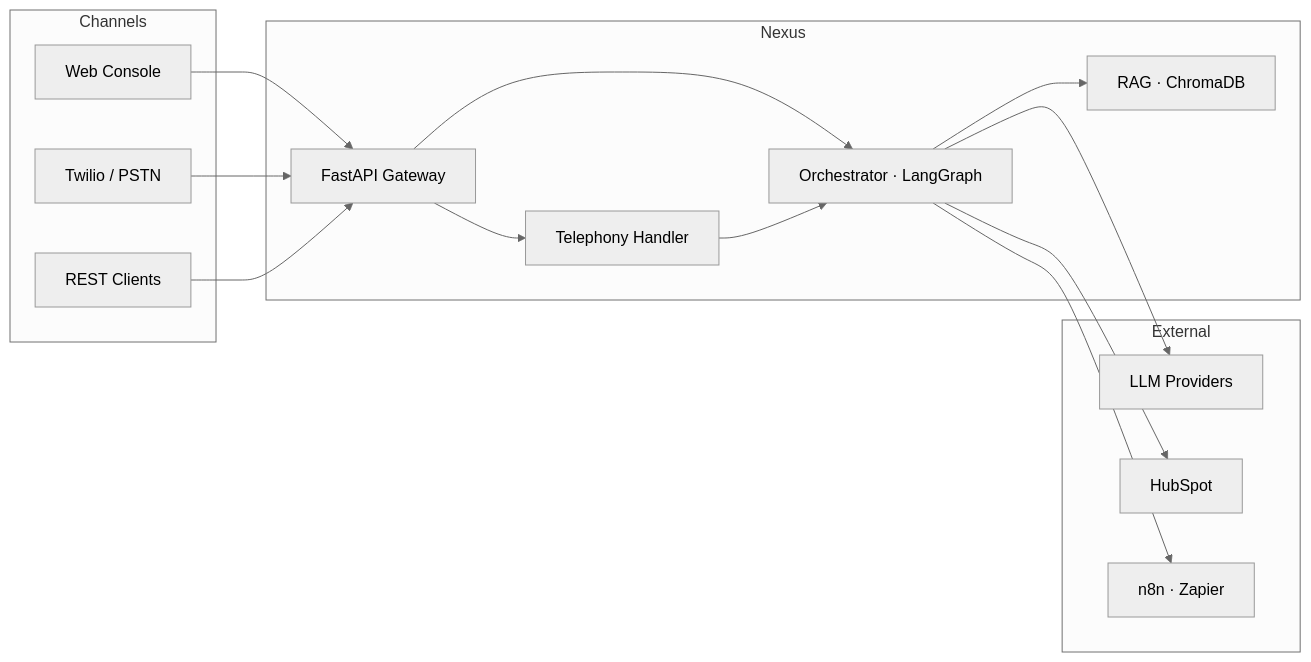
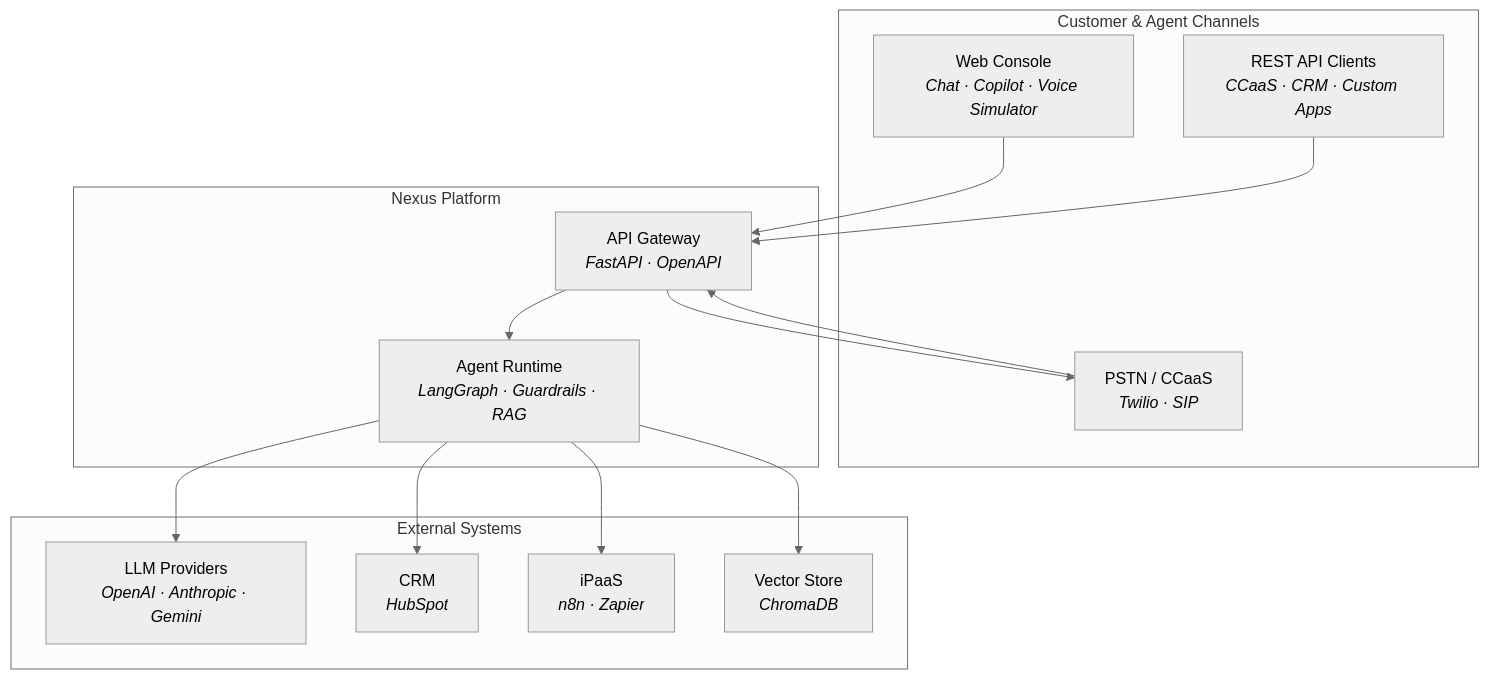
Before and after one commit to ShubhamRSY/nexus-ai-: the first of 5 diagrams in README.md, drawn with Mermaid (neutral theme). The commit also changed other lines of this file and 12 other files, not shown here.

First line of the commit message:
Reorganize project folders and expand README with full architecture docs.

````diff
--- a/README.md
+++ b/README.md
@@ -101,26 +90,30 @@
 ```mermaid
-flowchart LR
-    subgraph Channels
-        UI[Web Console]
-        PSTN[Twilio / PSTN]
-        API[REST Clients]
+flowchart TB
+    subgraph Channels["Customer & Agent Channels"]
+        WEB["Web Console<br/><i>Chat · Copilot · Voice Simulator</i>"]
+        PSTN["PSTN / CCaaS<br/><i>Twilio · SIP</i>"]
+        API_CLIENT["REST API Clients<br/><i>CCaaS · CRM · Custom Apps</i>"]
     end
 
-    subgraph Nexus
-        GW[FastAPI Gateway]
-        RT[Orchestrator · LangGraph]
-        RAG[RAG · ChromaDB]
-        TEL[Telephony Handler]
+    subgraph Platform["Nexus Platform"]
+        GW["API Gateway<br/><i>FastAPI · OpenAPI</i>"]
+        RT["Agent Runtime<br/><i>LangGraph · Guardrails · RAG</i>"]
     end
 
-    subgraph External
-        LLM[LLM Providers]
-        CRM[HubSpot]
-        IPAAS[n8n · Zapier]
+    subgraph External["External Systems"]
+        LLM["LLM Providers<br/><i>OpenAI · Anthropic · Gemini</i>"]
+        CRM["CRM<br/><i>HubSpot</i>"]
+        IPAAS["iPaaS<br/><i>n8n · Zapier</i>"]
+        VDB["Vector Store<br/><i>ChromaDB</i>"]
     end
 
-    UI & PSTN & API --> GW
-    GW --> RT & TEL
-    RT --> RAG & LLM & CRM & IPAAS
-    TEL --> RT
+    WEB --> GW
+    PSTN --> GW
+    API_CLIENT --> GW
+    GW --> RT
+    RT --> LLM
+    RT --> VDB
+    RT --> CRM
+    RT --> IPAAS
+    GW --> PSTN
 ```
````
